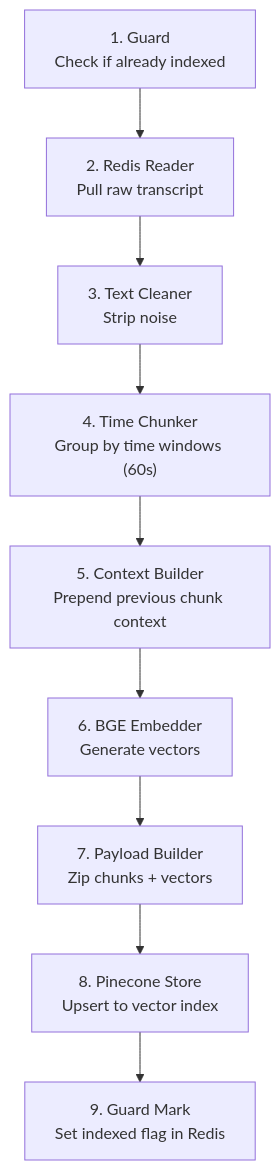
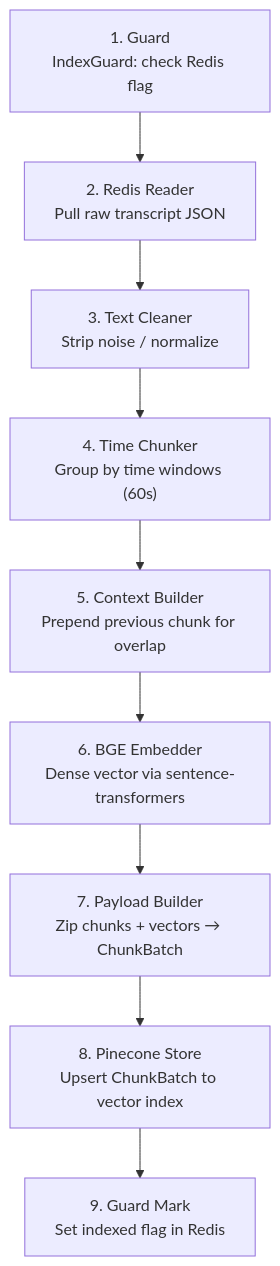
Before and after one commit to ashutosh2652/ReplyPilot: the fifth of 8 diagrams in ARCHITECTURE.md, drawn with Mermaid. The commit also changed other lines of this file and 2 other files, not shown here.

Commit message:
update README with detailed architecture, service-specific environment configurations, and project structure documentation

````diff
--- a/ARCHITECTURE.md
+++ b/ARCHITECTURE.md
@@ -332,11 +390,11 @@
 ```mermaid
 flowchart TD
-    S1["1. Guard<br/>Check if already indexed"] --> S2["2. Redis Reader<br/>Pull raw transcript"]
-    S2 --> S3["3. Text Cleaner<br/>Strip noise"]
+    S1["1. Guard<br/>IndexGuard: check Redis flag"] --> S2["2. Redis Reader<br/>Pull raw transcript JSON"]
+    S2 --> S3["3. Text Cleaner<br/>Strip noise / normalize"]
     S3 --> S4["4. Time Chunker<br/>Group by time windows (60s)"]
-    S4 --> S5["5. Context Builder<br/>Prepend previous chunk context"]
-    S5 --> S6["6. BGE Embedder<br/>Generate vectors"]
-    S6 --> S7["7. Payload Builder<br/>Zip chunks + vectors"]
-    S7 --> S8["8. Pinecone Store<br/>Upsert to vector index"]
+    S4 --> S5["5. Context Builder<br/>Prepend previous chunk for overlap"]
+    S5 --> S6["6. BGE Embedder<br/>Dense vector via sentence-transformers"]
+    S6 --> S7["7. Payload Builder<br/>Zip chunks + vectors → ChunkBatch"]
+    S7 --> S8["8. Pinecone Store<br/>Upsert ChunkBatch to vector index"]
     S8 --> S9["9. Guard Mark<br/>Set indexed flag in Redis"]
 ```
````
